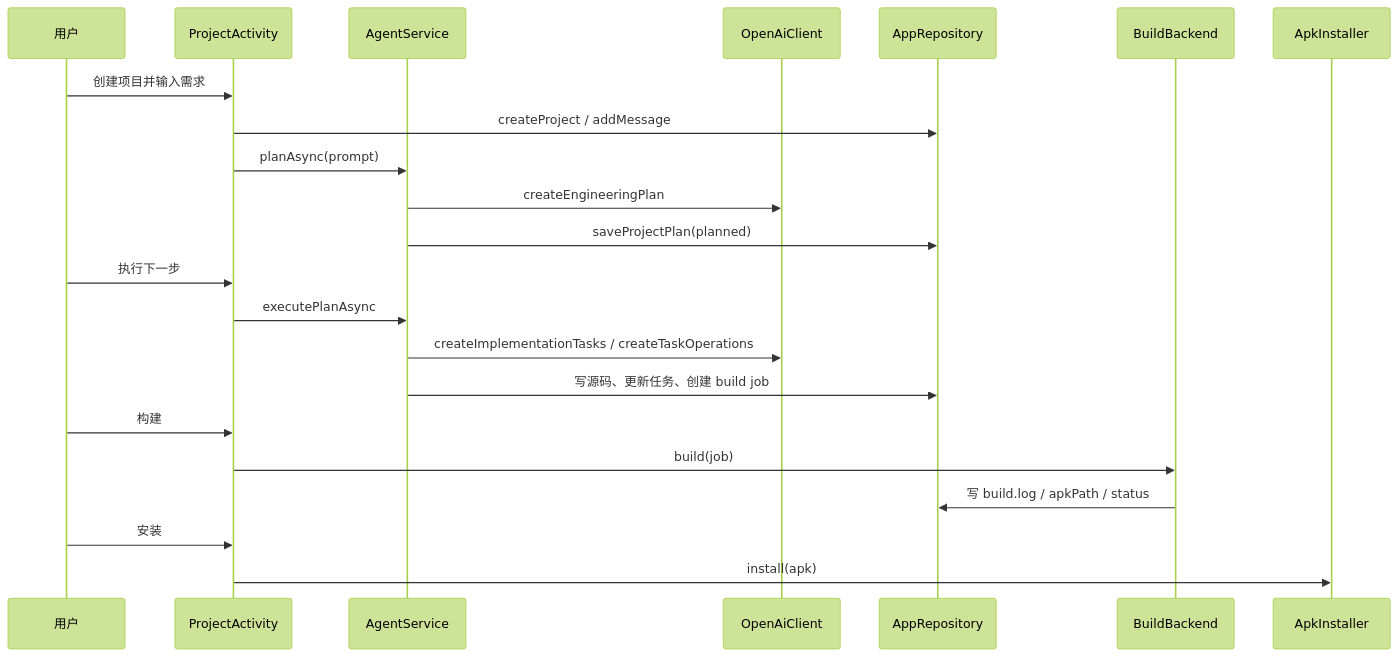
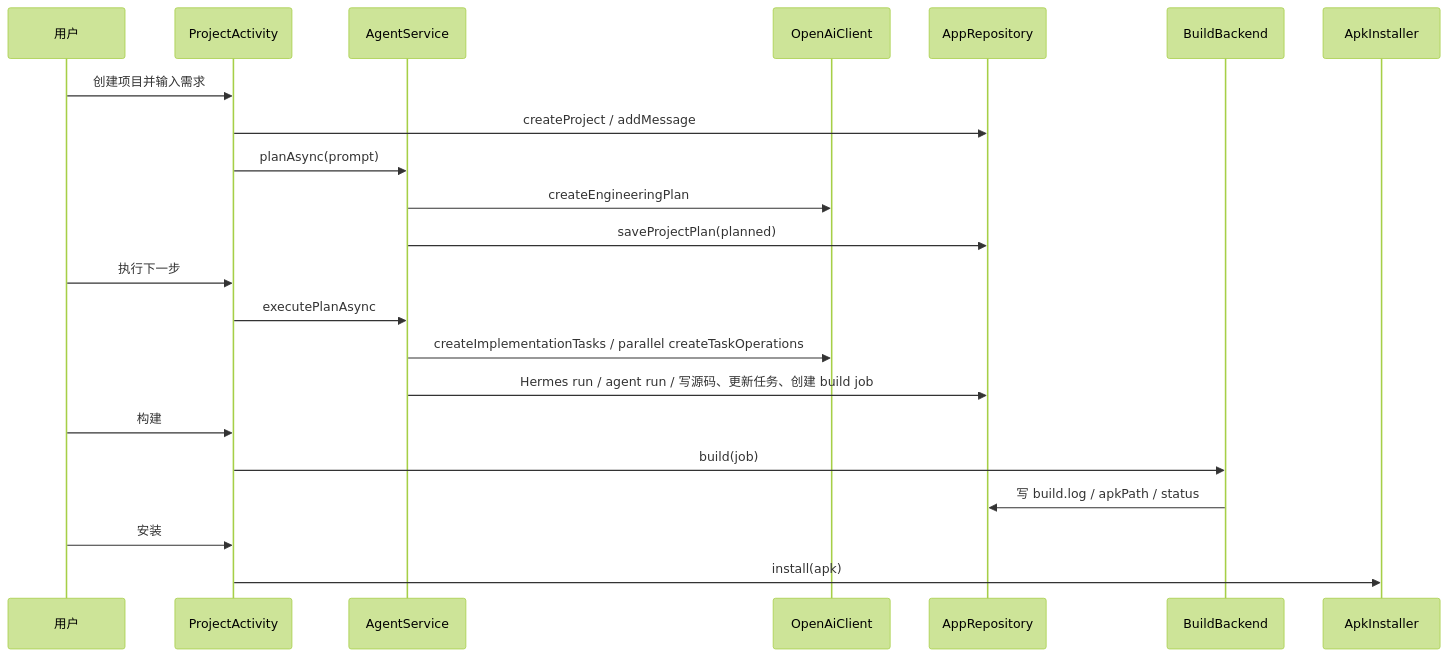
One commit to losingline-work/androidbuilder changed the diagram in docs/ai-context/02-业务流程.md. Above: the diagram before and after it, drawn with Mermaid (forest theme). The commit also changed other lines of this file and 18 other files, not shown here.

Commit message:
feat: surface and harden Hermes parallel execution

````diff
--- a/docs/ai-context/02-业务流程.md
+++ b/docs/ai-context/02-业务流程.md
@@ -5,25 +5,25 @@
 ```mermaid
 sequenceDiagram
     participant U as 用户
     participant UI as ProjectActivity
     participant A as AgentService
     participant M as OpenAiClient
     participant R as AppRepository
     participant B as BuildBackend
     participant I as ApkInstaller
 
     U->>UI: 创建项目并输入需求
     UI->>R: createProject / addMessage
     UI->>A: planAsync(prompt)
     A->>M: createEngineeringPlan
     A->>R: saveProjectPlan(planned)
     U->>UI: 执行下一步
     UI->>A: executePlanAsync
-    A->>M: createImplementationTasks / createTaskOperations
-    A->>R: 写源码、更新任务、创建 build job
+    A->>M: createImplementationTasks / parallel createTaskOperations
+    A->>R: Hermes run / agent run / 写源码、更新任务、创建 build job
     U->>UI: 构建
     UI->>B: build(job)
     B->>R: 写 build.log / apkPath / status
     U->>UI: 安装
     UI->>I: install(apk)
 ```
````
